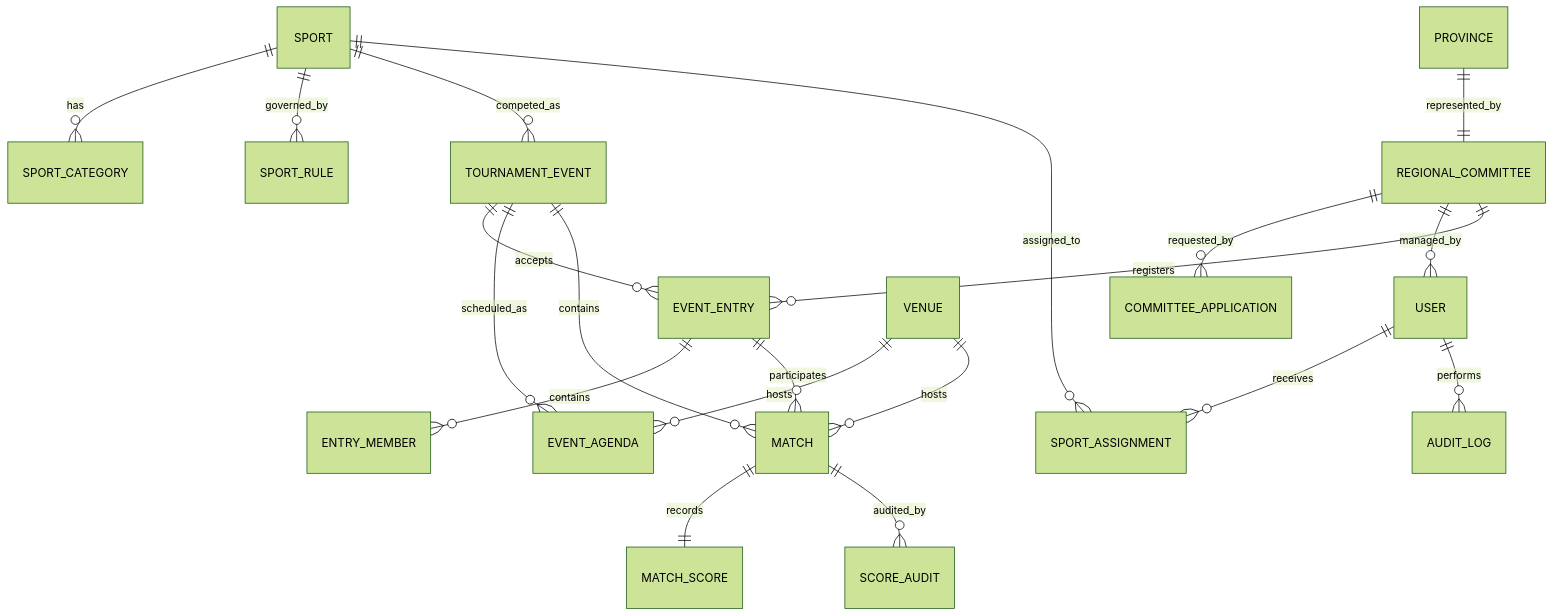
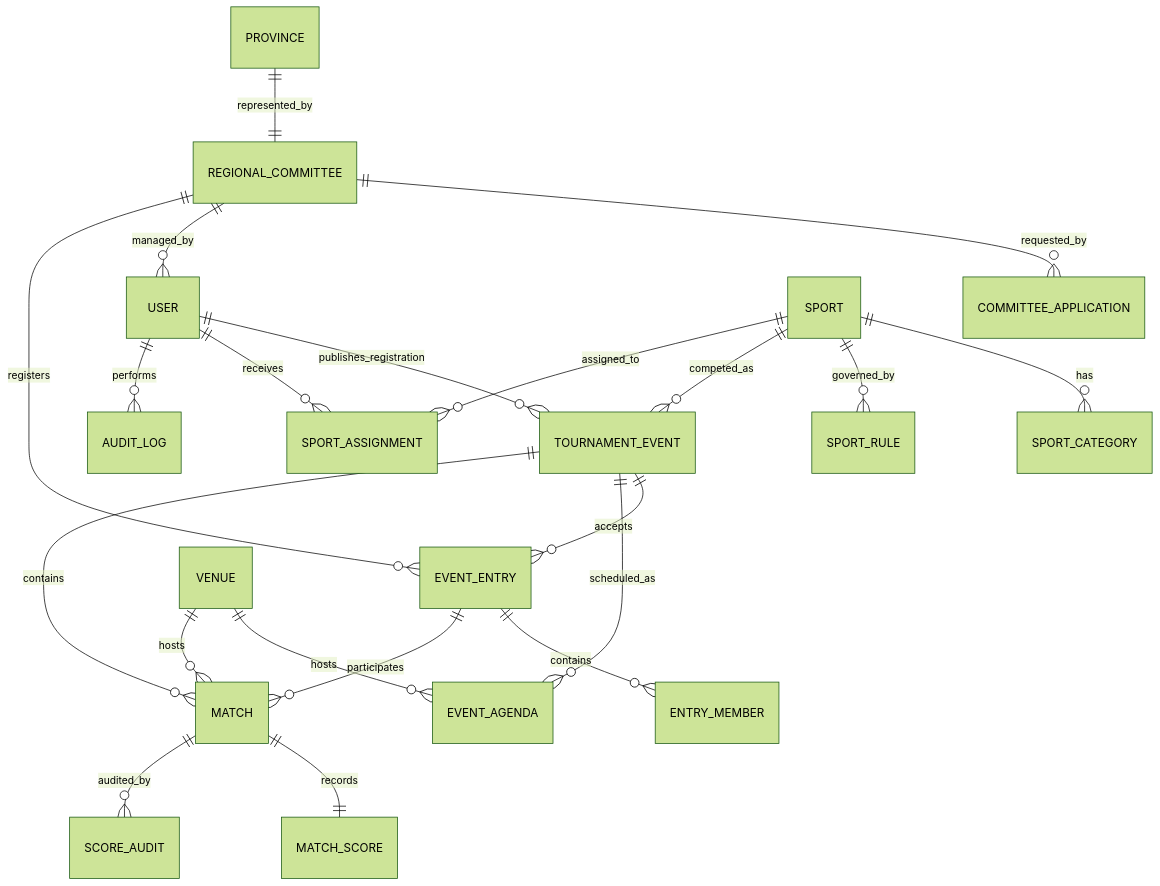
Before and after one commit to henry1224/sport-perpamsi: the diagram in docs/02-data/erd.md, drawn with Mermaid (forest theme). The commit also changed other lines of this file and 38 other files, not shown here.

Commit message:
feat: lock published registration flow

````diff
--- a/docs/02-data/erd.md
+++ b/docs/02-data/erd.md
@@ -3,22 +3,23 @@
 ```mermaid
 erDiagram
     PROVINCE ||--|| REGIONAL_COMMITTEE : represented_by
     REGIONAL_COMMITTEE ||--o{ COMMITTEE_APPLICATION : requested_by
     REGIONAL_COMMITTEE ||--o{ USER : managed_by
     SPORT ||--o{ SPORT_CATEGORY : has
     SPORT ||--o{ SPORT_RULE : governed_by
     SPORT ||--o{ TOURNAMENT_EVENT : competed_as
+    USER ||--o{ TOURNAMENT_EVENT : publishes_registration
     SPORT ||--o{ SPORT_ASSIGNMENT : assigned_to
     USER ||--o{ SPORT_ASSIGNMENT : receives
     TOURNAMENT_EVENT ||--o{ EVENT_ENTRY : accepts
     REGIONAL_COMMITTEE ||--o{ EVENT_ENTRY : registers
     EVENT_ENTRY ||--o{ ENTRY_MEMBER : contains
     TOURNAMENT_EVENT ||--o{ EVENT_AGENDA : scheduled_as
     VENUE ||--o{ EVENT_AGENDA : hosts
     TOURNAMENT_EVENT ||--o{ MATCH : contains
     VENUE ||--o{ MATCH : hosts
     EVENT_ENTRY ||--o{ MATCH : participates
     MATCH ||--|| MATCH_SCORE : records
     MATCH ||--o{ SCORE_AUDIT : audited_by
     USER ||--o{ AUDIT_LOG : performs
 ```
````
